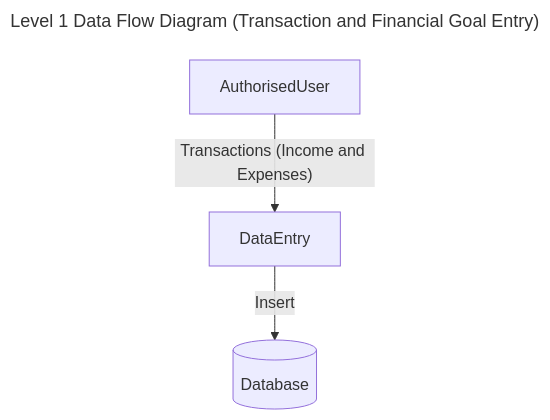
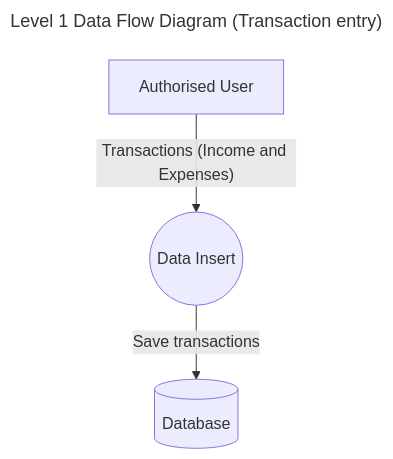
Before and after one commit to AlexandriaParkCS/2026-y12-SE-PhilipYaroshchyk-pwa-obsidian-portfolio: the third of 5 diagrams in 02. My Portfolio/3. Application Design/AD-02 Data Flow Diagrams.md, drawn with Mermaid. The commit also changed other lines of this file and 4 other files, not shown here.

Commit message:
I applied feedback I recieved to diagrams

````diff
--- a/02. My Portfolio/3. Application Design/AD-02 Data Flow Diagrams.md
+++ b/02. My Portfolio/3. Application Design/AD-02 Data Flow Diagrams.md
@@ -59,13 +59,13 @@
 ```mermaid
 ---
-title: Level 1 Data Flow Diagram (Transaction and Financial Goal Entry)
+title: Level 1 Data Flow Diagram (Transaction entry)
 ---
 flowchart
 
-AuthorisedUser
-DataEntry
+AuthorisedUser[Authorised User]
+DataInsert((Data Insert))
 Database[(Database)]
 
-AuthorisedUser -- Transactions (Income and Expenses) --> DataEntry
-DataEntry -- Insert --> Database
+AuthorisedUser -- Transactions (Income and Expenses) --> DataInsert
+DataInsert -- Save transactions --> Database
 ```
````
